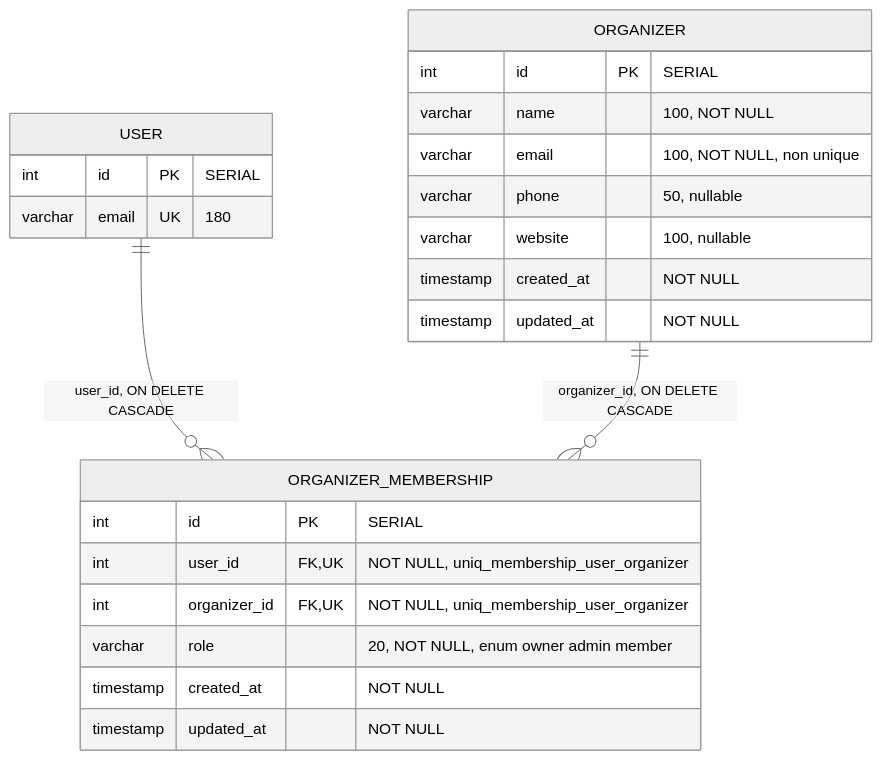
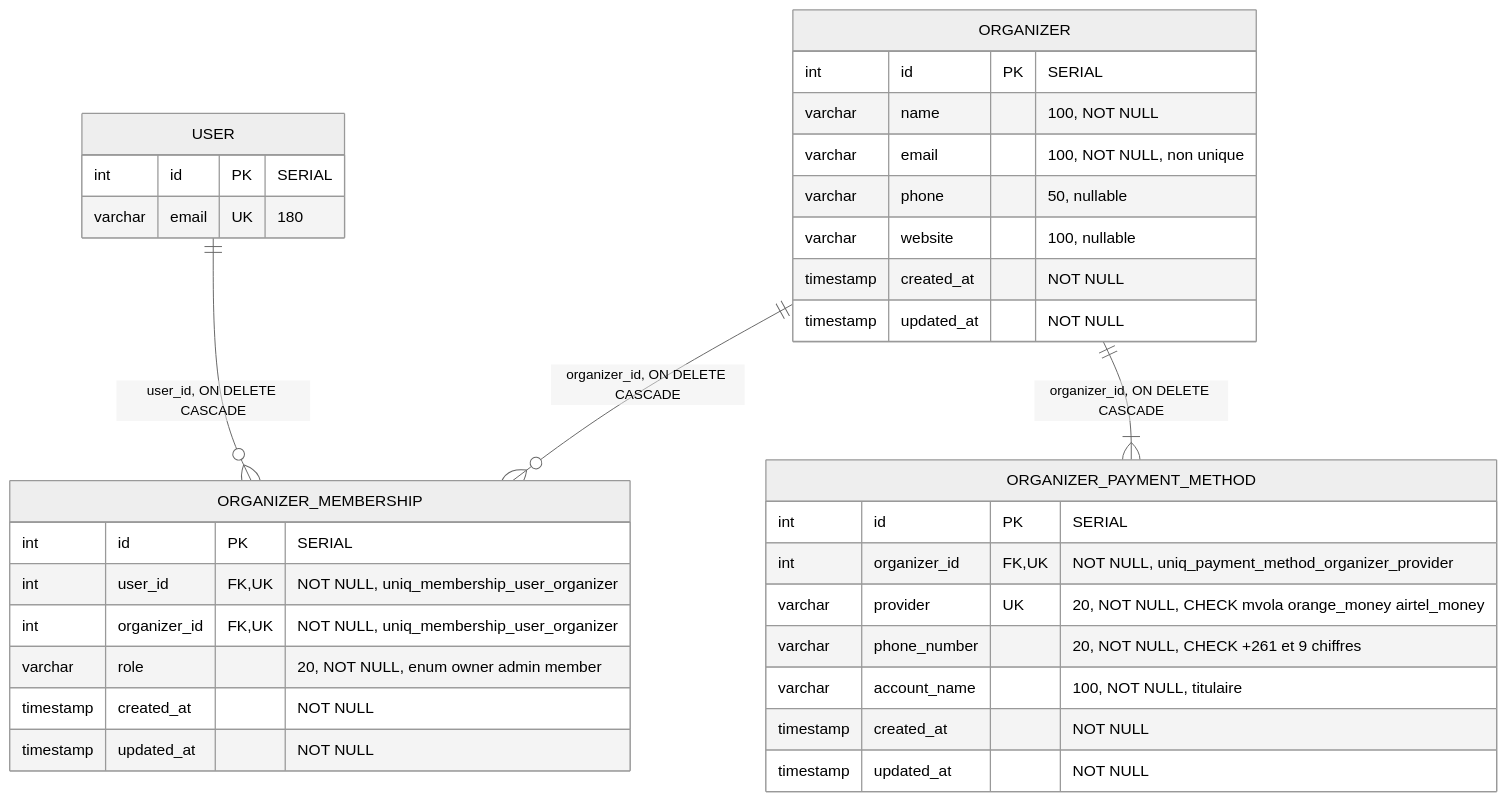
The fourth of 5 diagrams in docs/database/erd.md (Jehovanie/TicketUp-Api), drawn with Mermaid (neutral theme) before and after one commit. The commit also changed other lines of this file and 23 other files, not shown here.

First line of the commit message:
feat: add mobile money payment methods for organizers

````diff
--- a/docs/database/erd.md
+++ b/docs/database/erd.md
@@ -148,29 +148,40 @@
 ```mermaid
 erDiagram
     USER ||--o{ ORGANIZER_MEMBERSHIP : "user_id, ON DELETE CASCADE"
     ORGANIZER ||--o{ ORGANIZER_MEMBERSHIP : "organizer_id, ON DELETE CASCADE"
+    ORGANIZER ||--|{ ORGANIZER_PAYMENT_METHOD : "organizer_id, ON DELETE CASCADE"
+
+    ORGANIZER_PAYMENT_METHOD {
+        int id PK "SERIAL"
+        int organizer_id FK, UK "NOT NULL, uniq_payment_method_organizer_provider"
+        varchar provider UK "20, NOT NULL, CHECK mvola orange_money airtel_money"
+        varchar phone_number "20, NOT NULL, CHECK +261 et 9 chiffres"
+        varchar account_name "100, NOT NULL, titulaire"
+        timestamp created_at "NOT NULL"
+        timestamp updated_at "NOT NULL"
+    }
 
     ORGANIZER {
         int id PK "SERIAL"
         varchar name "100, NOT NULL"
         varchar email "100, NOT NULL, non unique"
         varchar phone "50, nullable"
         varchar website "100, nullable"
         timestamp created_at "NOT NULL"
         timestamp updated_at "NOT NULL"
     }
 
     ORGANIZER_MEMBERSHIP {
         int id PK "SERIAL"
         int user_id FK, UK "NOT NULL, uniq_membership_user_organizer"
         int organizer_id FK, UK "NOT NULL, uniq_membership_user_organizer"
         varchar role "20, NOT NULL, enum owner admin member"
         timestamp created_at "NOT NULL"
         timestamp updated_at "NOT NULL"
     }
 
     USER {
         int id PK "SERIAL"
         varchar email UK "180"
     }
 ```
````
